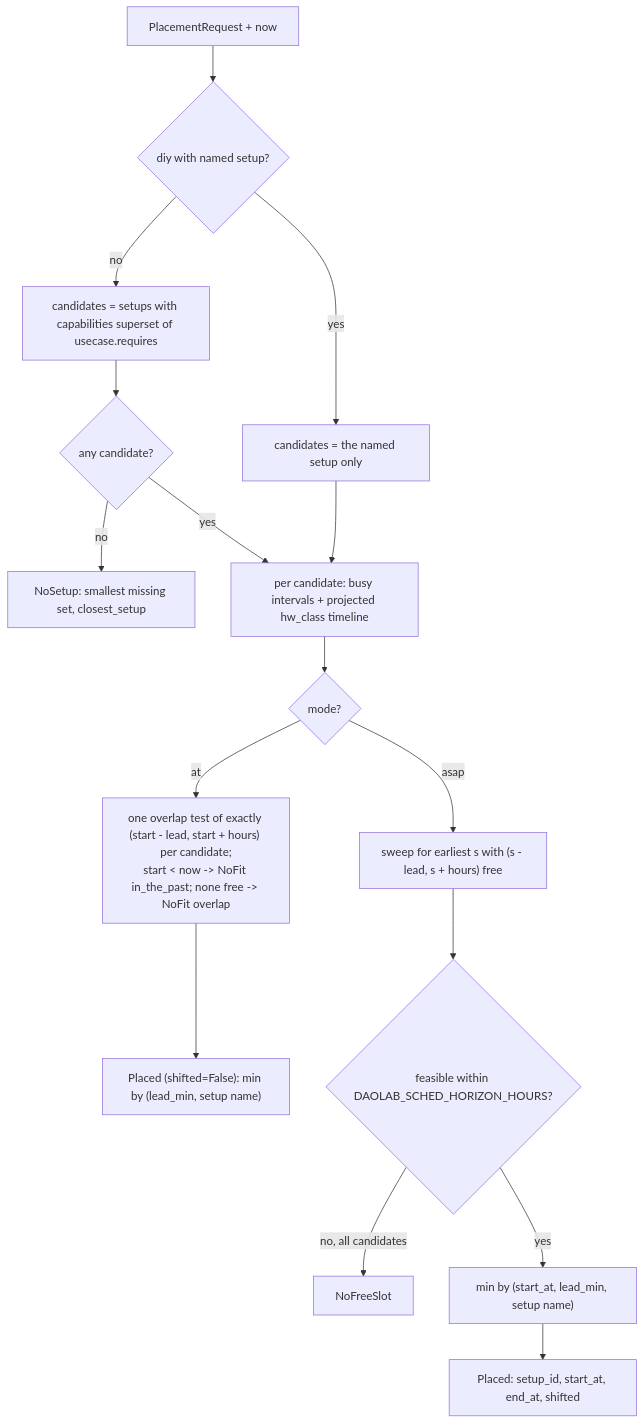
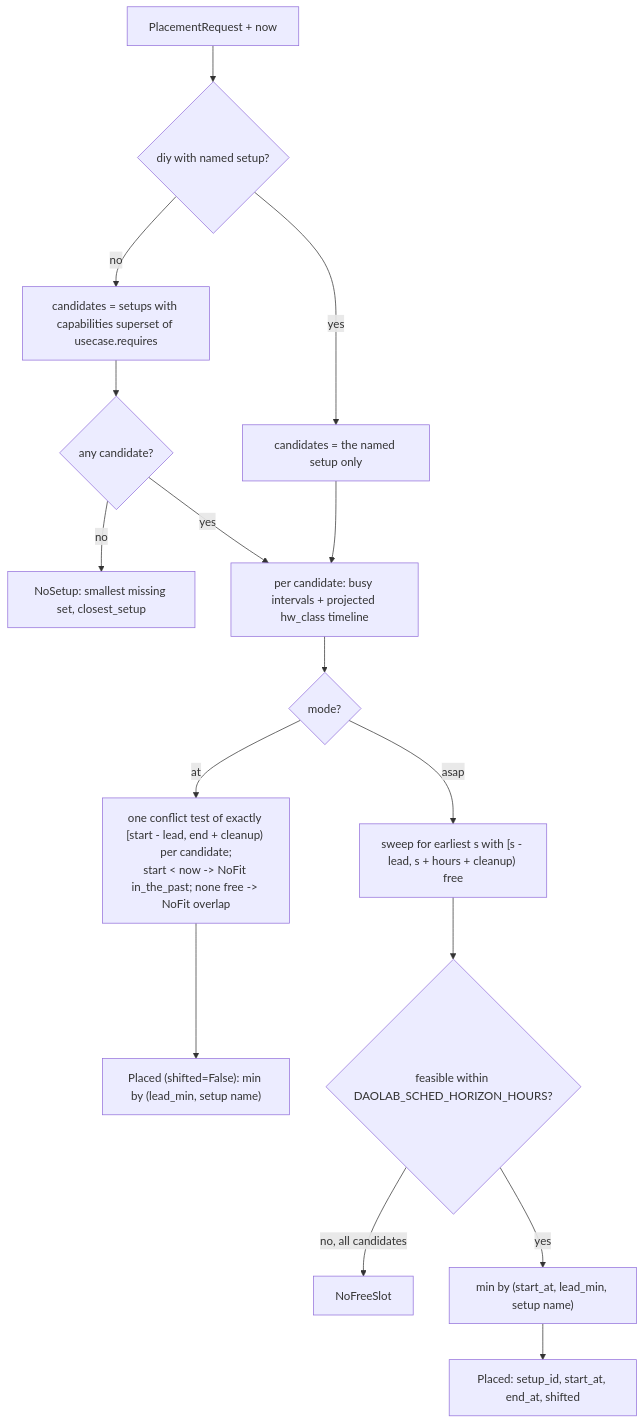
The diagram in plan/03-scheduler.md (hrushikesh-sam/dao-lab-selfserve), drawn with Mermaid before and after one commit. The commit also changed other lines of this file and 7 other files, not shown here.

````diff
--- a/plan/03-scheduler.md
+++ b/plan/03-scheduler.md
@@ -98,18 +99,18 @@
 ```mermaid
 flowchart TD
     RQ["PlacementRequest + now"] --> DIY{"diy with named setup?"}
     DIY -- yes --> ONE["candidates = the named setup only"]
     DIY -- no --> FIL["candidates = setups with capabilities superset of usecase.requires"]
     FIL --> ANY{"any candidate?"}
     ANY -- no --> NS["NoSetup: smallest missing set, closest_setup"]
     ANY -- yes --> TL["per candidate: busy intervals + projected hw_class timeline"]
     ONE --> TL
     TL --> MD{"mode?"}
-    MD -- at --> AT["one overlap test of exactly (start - lead, start + hours) per candidate;<br/>start < now -> NoFit in_the_past; none free -> NoFit overlap"]
+    MD -- at --> AT["one conflict test of exactly [start - lead, end + cleanup) per candidate;<br/>start < now -> NoFit in_the_past; none free -> NoFit overlap"]
     AT --> PICKAT["Placed (shifted=False): min by (lead_min, setup name)"]
-    MD -- asap --> SW["sweep for earliest s with (s - lead, s + hours) free"]
+    MD -- asap --> SW["sweep for earliest s with [s - lead, s + hours + cleanup) free"]
     SW --> OK{"feasible within DAOLAB_SCHED_HORIZON_HOURS?"}
     OK -- "no, all candidates" --> NF["NoFreeSlot"]
     OK -- yes --> PICK["min by (start_at, lead_min, setup name)"]
     PICK --> PL["Placed: setup_id, start_at, end_at, shifted"]
 ```
````
